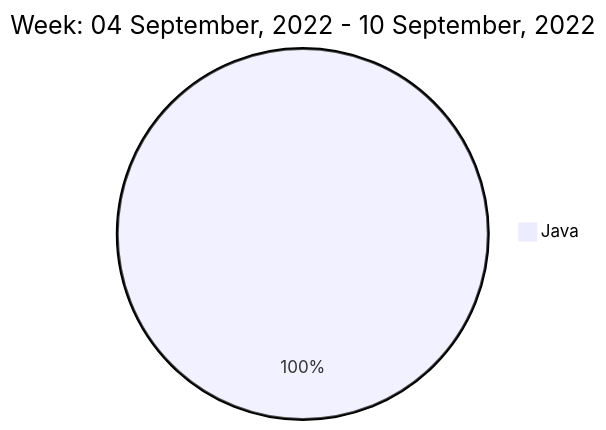
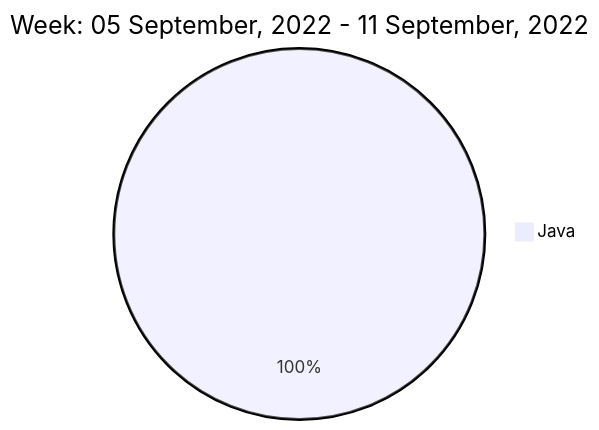
The diagram in README.md (liubin95/liubin95), drawn with Mermaid before and after one commit.

Commit message:
Updated the Graph with new Metrics

````diff
--- a/README.md
+++ b/README.md
@@ -40,5 +40,5 @@
 ```mermaid
  pie
-title Week: 04 September, 2022 - 10 September, 2022
+title Week: 05 September, 2022 - 11 September, 2022
  "Java" : 2.77
 ```
````
